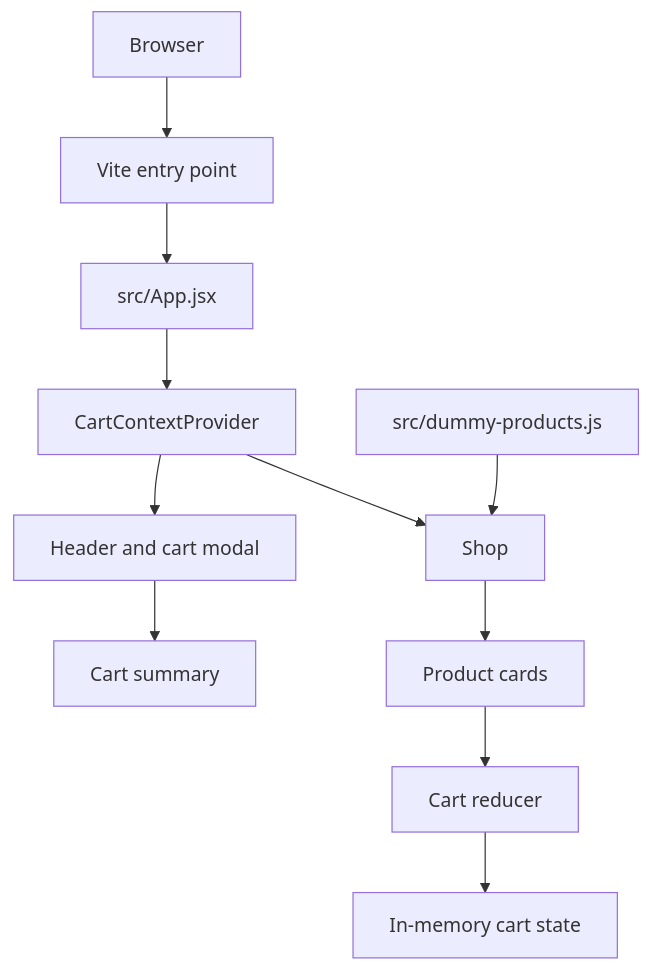
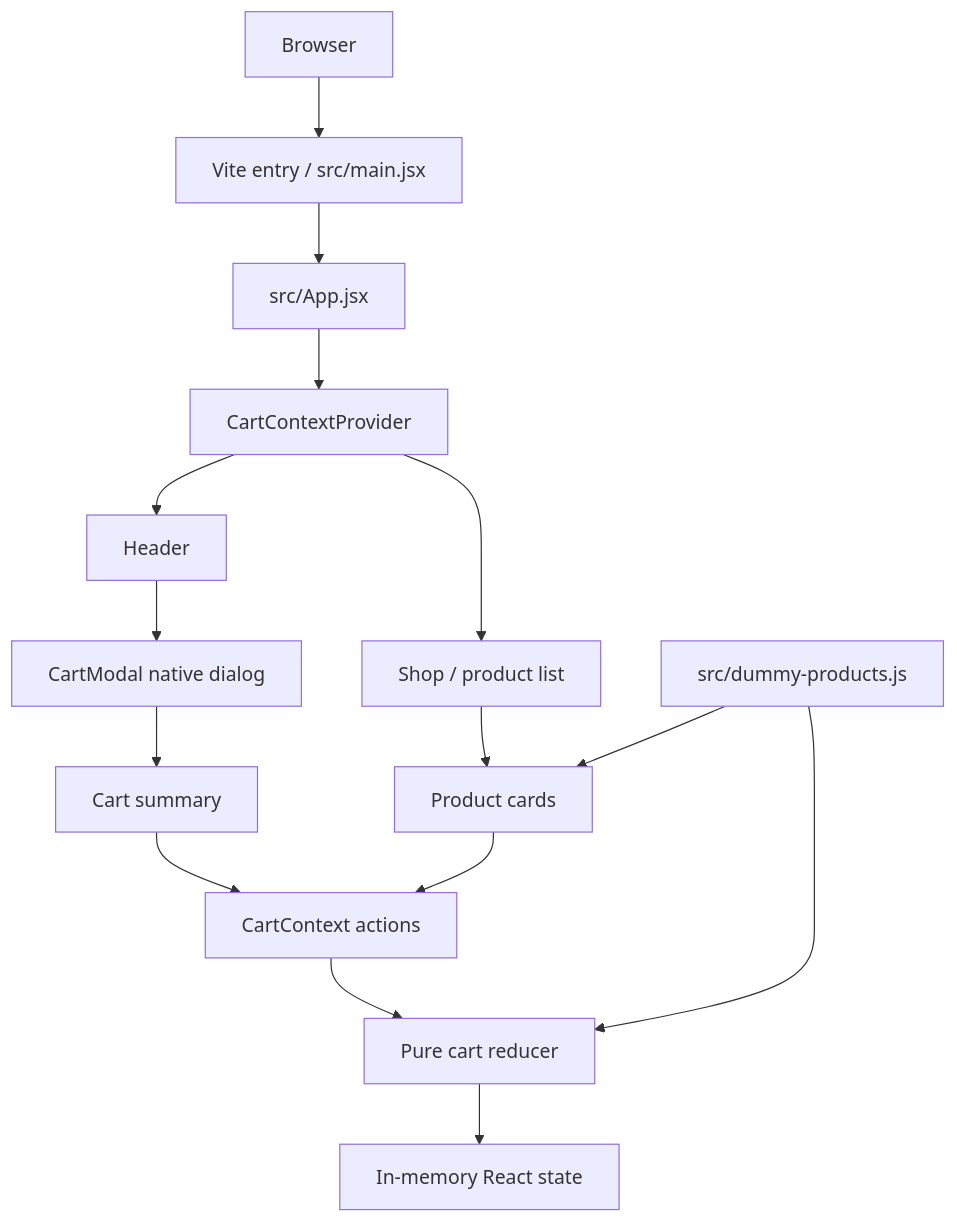
The diagram in docs/ARCHITECTURE.md (Brajesh31/ShoppyCart), drawn with Mermaid before and after one commit. The commit also changed other lines of this file and 43 other files, not shown here.

````diff
--- a/docs/ARCHITECTURE.md
+++ b/docs/ARCHITECTURE.md
@@ -3,13 +7,17 @@
 ```mermaid
 flowchart TD
-  Browser[Browser] --> Vite[Vite entry point]
+  Browser[Browser] --> Vite[Vite entry / src/main.jsx]
   Vite --> App[src/App.jsx]
   App --> Provider[CartContextProvider]
-  Provider --> Header[Header and cart modal]
-  Provider --> Shop[Shop]
+  Provider --> Header[Header]
+  Provider --> Shop[Shop / product list]
   Shop --> Product[Product cards]
-  Product --> Reducer[Cart reducer]
-  Header --> Cart[Cart summary]
-  Reducer --> State[In-memory cart state]
-  Fixtures[src/dummy-products.js] --> Shop
+  Product --> Context[CartContext actions]
+  Header --> Modal[CartModal native dialog]
+  Modal --> Cart[Cart summary]
+  Cart --> Context
+  Context --> Reducer[Pure cart reducer]
+  Reducer --> State[In-memory React state]
+  Catalog[src/dummy-products.js] --> Product
+  Catalog --> Reducer
 ```
````
